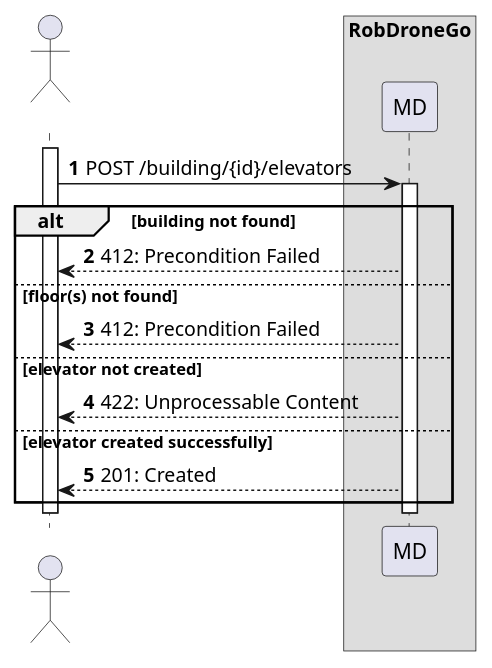
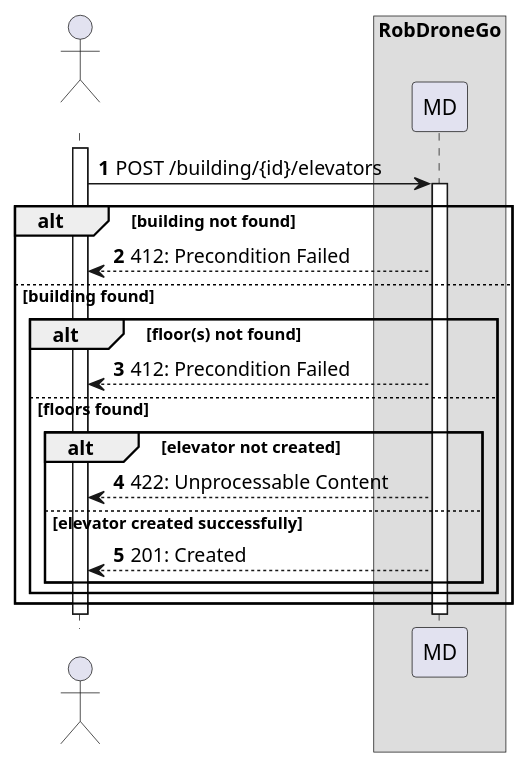
One commit to Departamento-de-Engenharia-Informatica/lapr5-23-24-g19 changed the diagram in docs/us270/level2/process-view.puml. Above: the diagram before and after it, drawn with PlantUML. The commit also changed 8 other files, not shown here.

```diff
--- a/docs/us270/level2/process-view.puml
+++ b/docs/us270/level2/process-view.puml
@@ -1,26 +1,30 @@
 @startuml
 autonumber
 
 actor " " as actor
 box "RobDroneGo"
 participant "MD" as mdr
 
 activate actor
     actor -> mdr: POST /building/{id}/elevators
     activate mdr
 
     alt building not found
         mdr --> actor : 412: Precondition Failed
-    else floor(s) not found
-        mdr --> actor : 412: Precondition Failed
-    else elevator not created
-        mdr --> actor : 422: Unprocessable Content
-    else elevator created successfully
-        mdr --> actor : 201: Created
+    else building found
+        alt floor(s) not found
+            mdr --> actor : 412: Precondition Failed
+        else floors found
+            alt elevator not created
+                mdr --> actor : 422: Unprocessable Content
+            else elevator created successfully
+                mdr --> actor : 201: Created
+            end
+        end
     end
 
     deactivate mdr
 deactivate actor
 
 
 @enduml
```
